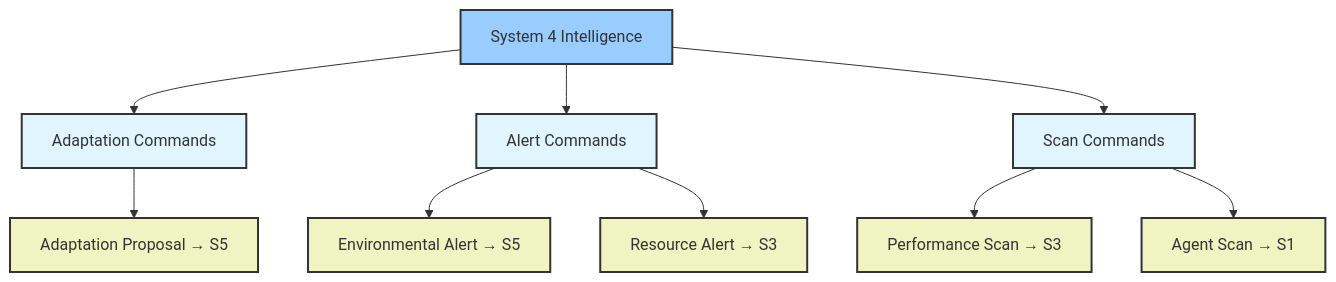
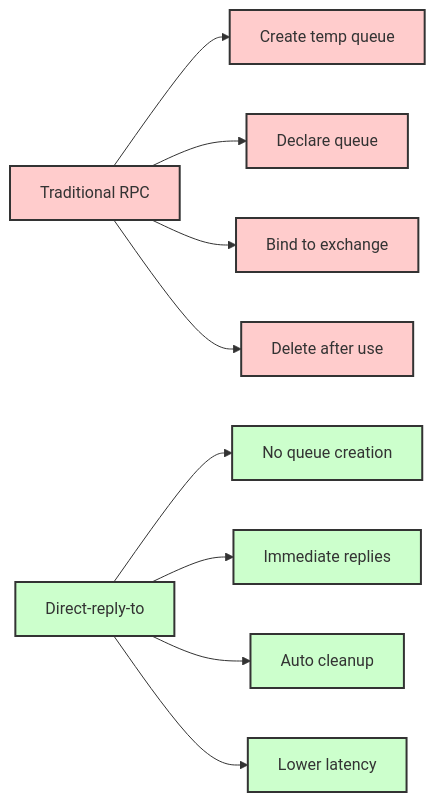
One commit to jmanhype/vsm-phoenix-app changed the fourth of 4 diagrams in docs/diagrams/05_rpc_command_flow.md. Above: the diagram before and after it, drawn with Mermaid. The commit also changed other lines of this file and 1 other file, not shown here.

First line of the commit message:
Update RPC command flow diagram to reflect actual implementation

````diff
--- a/docs/diagrams/05_rpc_command_flow.md
+++ b/docs/diagrams/05_rpc_command_flow.md
@@ -83,20 +358,18 @@
 ```mermaid
-flowchart TD
-    S4[System 4 Intelligence] --> AdaptCmd[Adaptation Commands]
-    S4 --> AlertCmd[Alert Commands]
-    S4 --> ScanCmd[Scan Commands]
+graph LR
+    Traditional[Traditional RPC] --> TempQueue[Create temp queue]
+    Traditional --> Declare[Declare queue]
+    Traditional --> Bind[Bind to exchange]
+    Traditional --> Cleanup[Delete after use]
     
-    AdaptCmd --> S5Adapt[Adaptation Proposal → S5]
-    AlertCmd --> S5Alert[Environmental Alert → S5]
-    AlertCmd --> S3Alert[Resource Alert → S3]
-    ScanCmd --> S3Scan[Performance Scan → S3]
-    ScanCmd --> S1Scan[Agent Scan → S1]
+    DirectReply[Direct-reply-to] --> NoQueue[No queue creation]
+    DirectReply --> FastReply[Immediate replies]
+    DirectReply --> AutoClean[Auto cleanup]
+    DirectReply --> LowLatency[Lower latency]
     
-    classDef s4 fill:#99ccff,stroke:#333,stroke-width:2px
-    classDef command fill:#e1f5fe,stroke:#333,stroke-width:2px
-    classDef target fill:#f0f4c3,stroke:#333,stroke-width:2px
+    classDef traditional fill:#ffcccc,stroke:#333,stroke-width:2px
+    classDef direct fill:#ccffcc,stroke:#333,stroke-width:2px
     
-    class S4 s4
-    class AdaptCmd,AlertCmd,ScanCmd command
-    class S5Adapt,S5Alert,S3Alert,S3Scan,S1Scan target
+    class Traditional,TempQueue,Declare,Bind,Cleanup traditional
+    class DirectReply,NoQueue,FastReply,AutoClean,LowLatency direct
 ```
````
